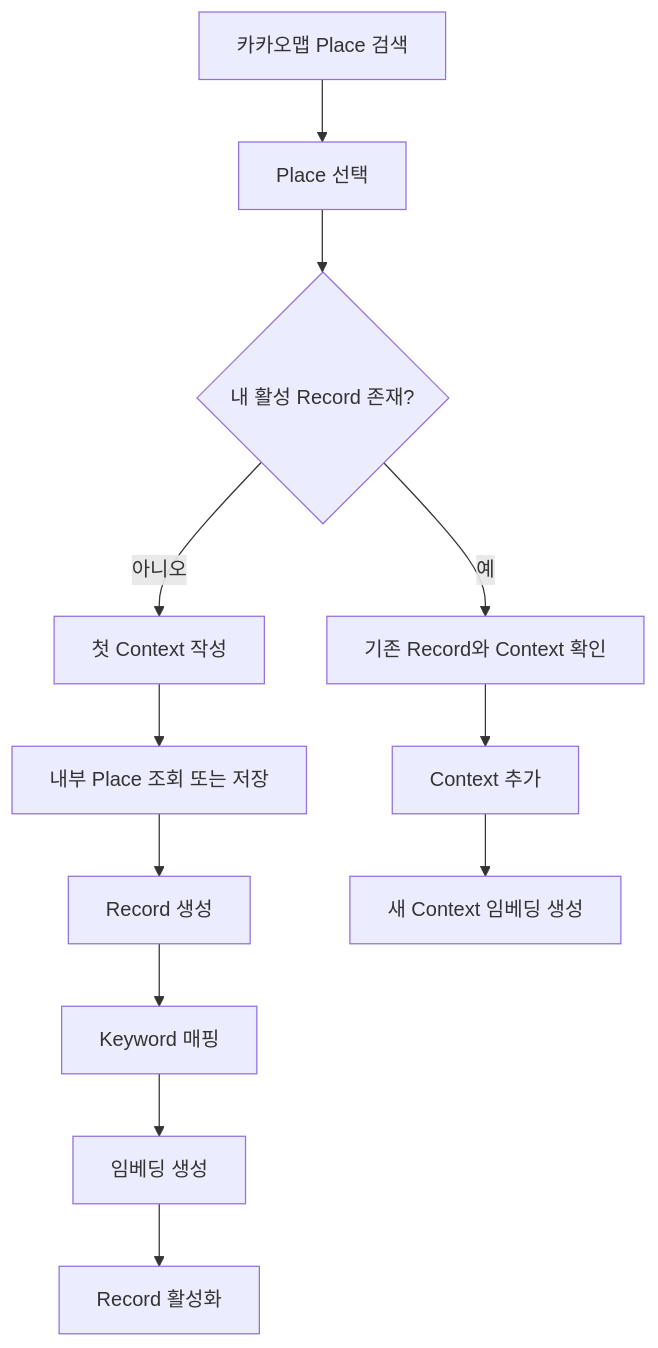
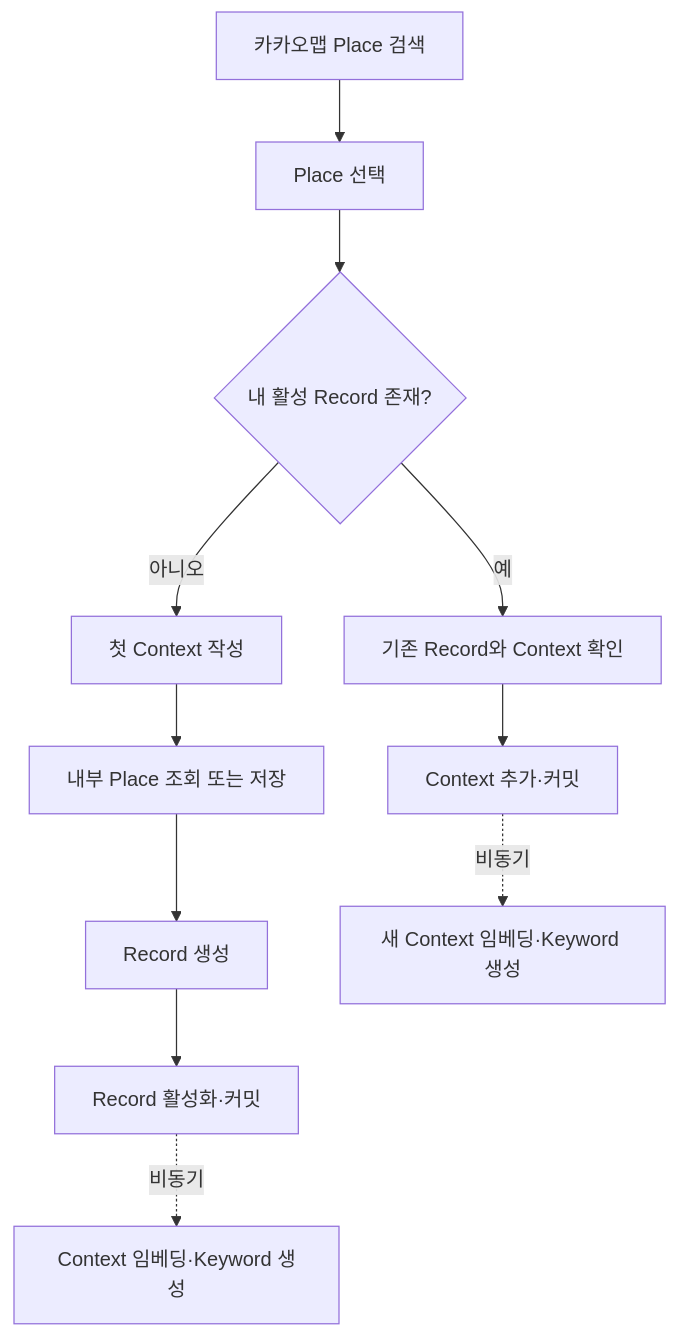
One commit to Team-PinLog/docs changed the second of 8 diagrams in static/09_유저플로우.md. Above: the diagram before and after it, drawn with Mermaid. The commit also changed other lines of this file and 4 other files, not shown here.

First line of the commit message:
docs: draft 데이터·API·플로우 문서를 AI 설계 계약과 동기화

````diff
--- a/static/09_유저플로우.md
+++ b/static/09_유저플로우.md
@@ -17,14 +17,13 @@
 ```mermaid
 flowchart TD
     A[카카오맵 Place 검색] --> B[Place 선택]
     B --> C{내 활성 Record 존재?}
     C -- 아니오 --> D[첫 Context 작성]
     D --> E[내부 Place 조회 또는 저장]
     E --> F[Record 생성]
-    F --> G[Keyword 매핑]
-    G --> H[임베딩 생성]
-    H --> I[Record 활성화]
+    F --> G[Record 활성화·커밋]
+    G -.비동기.-> H[Context 임베딩·Keyword 생성]
     C -- 예 --> J[기존 Record와 Context 확인]
-    J --> K[Context 추가]
-    K --> L[새 Context 임베딩 생성]
+    J --> K[Context 추가·커밋]
+    K -.비동기.-> L[새 Context 임베딩·Keyword 생성]
 ```
````
